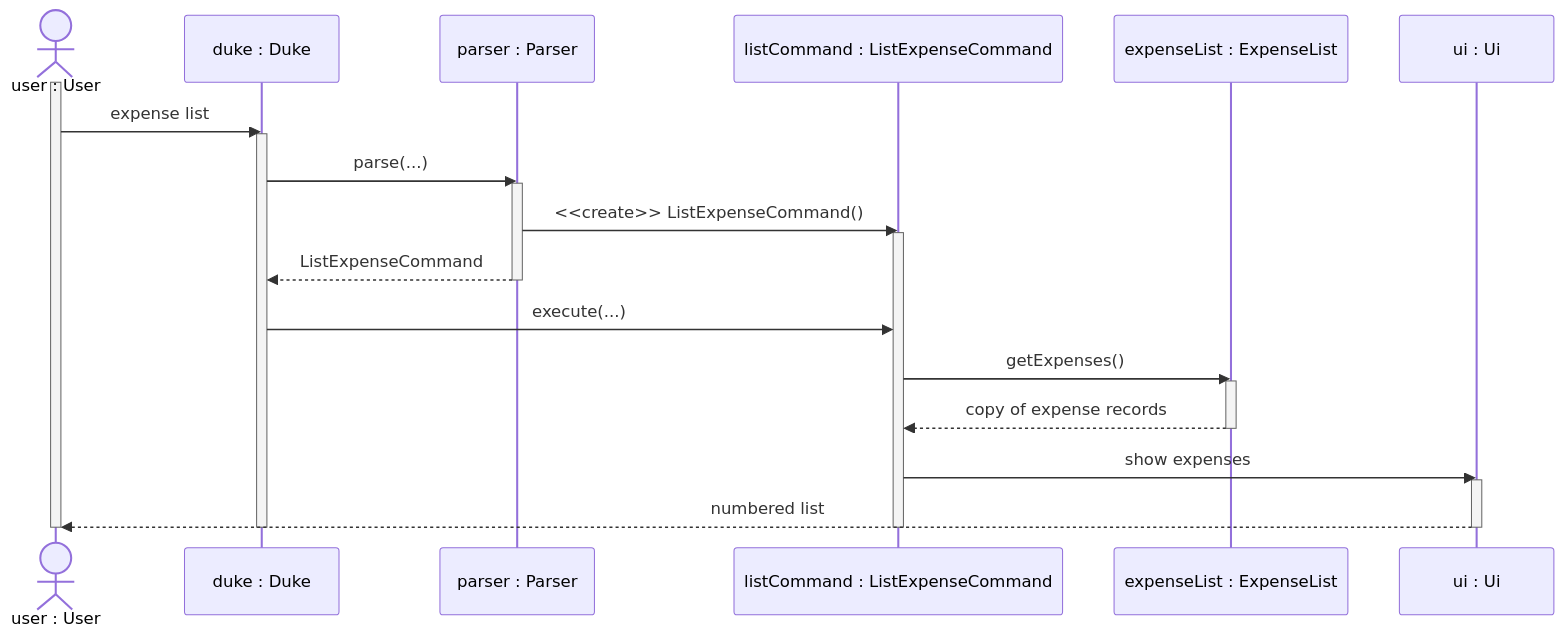
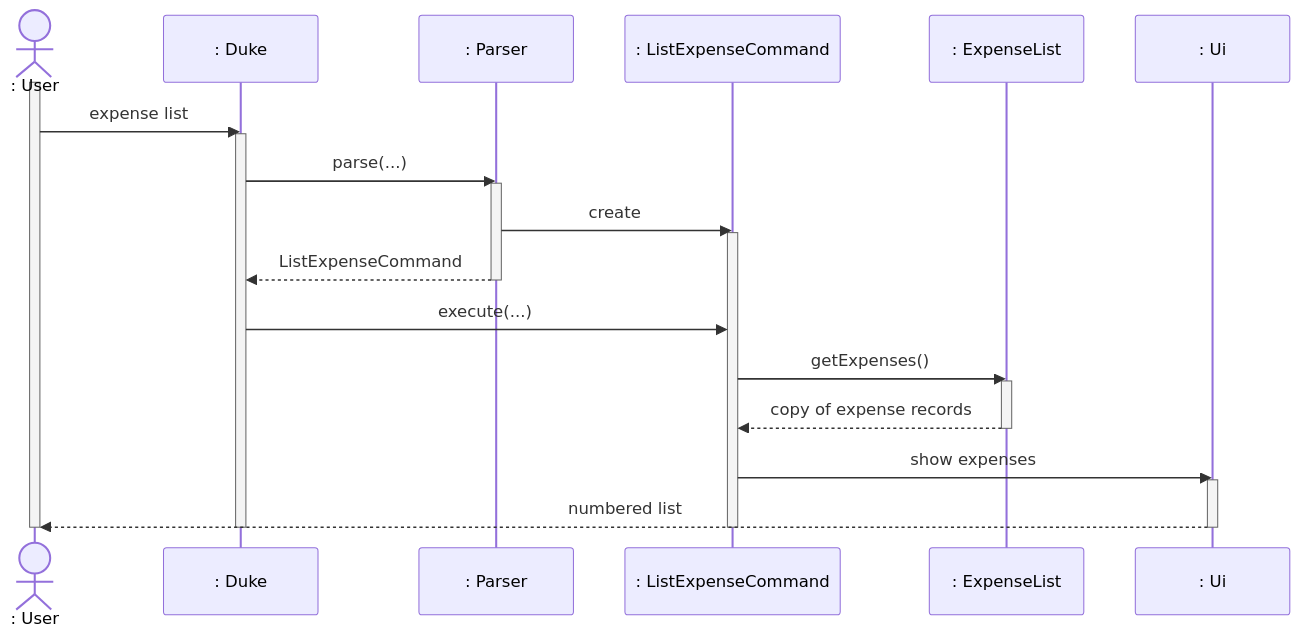
Before and after one commit to AY2627S1-CS2113-T11-1/tp: the diagram in docs/diagrams/expense-list.mmd, drawn with Mermaid. The commit also changed 5 other files, not shown here.

Commit message:
docs: refine expense sequence diagrams

```diff
--- a/docs/diagrams/expense-list.mmd
+++ b/docs/diagrams/expense-list.mmd
@@ -1,30 +1,31 @@
+%%{init: {"themeVariables": {"fontSize": "20px"}}}%%
 sequenceDiagram
-    actor User as user : User
-    participant D as duke : Duke
-    participant P as parser : Parser
-    participant C as listCommand : ListExpenseCommand
-    participant L as expenseList : ExpenseList
-    participant U as ui : Ui
+    actor User as : User
+    participant D as : Duke
+    participant P as : Parser
+    participant C as : ListExpenseCommand
+    participant L as : ExpenseList
+    participant U as : Ui
 
     activate User
     User->>D: expense list
     activate D
     D->>P: parse(...)
     activate P
-    P->>C: <<create>> ListExpenseCommand()
+    P->>C: create
     activate C
     P-->>D: ListExpenseCommand
     deactivate P
     D->>C: execute(...)
     C->>L: getExpenses()
     activate L
     L-->>C: copy of expense records
     deactivate L
     C->>U: show expenses
     activate U
     U-->>User: numbered list
     deactivate U
     deactivate C
     destroy C
     deactivate D
     deactivate User
```
